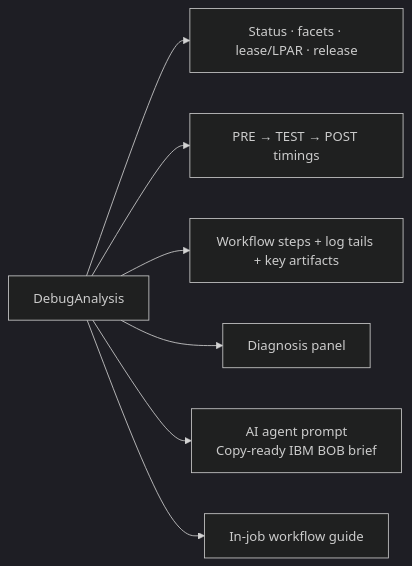
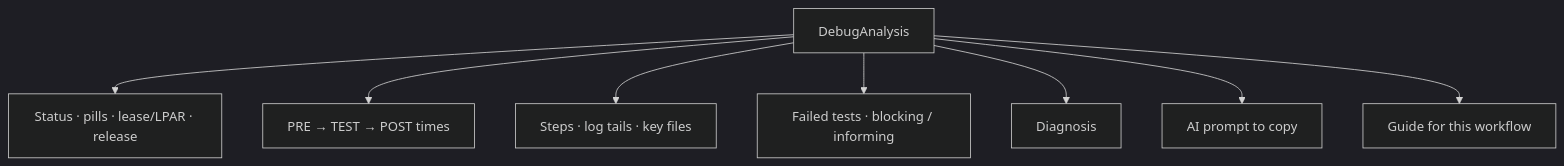
Diagram 14 of 17 in ARCHITECTURE.md (ibm-adarsh/ci-analyzer), drawn with Mermaid (dark theme) before and after one commit. The commit also changed other lines of this file and 7 other files, not shown here.

First line of the commit message:
Document architecture in plain language and cover inventory workflow analysis.

````diff
--- a/ARCHITECTURE.md
+++ b/ARCHITECTURE.md
@@ -146,9 +470,11 @@
 ```mermaid
-flowchart LR
-  DA[DebugAnalysis] --> Hero[Status · facets · lease/LPAR · release]
-  DA --> Timeline[PRE → TEST → POST timings]
-  DA --> Steps[Workflow steps + log tails + key artifacts]
-  DA --> Diag[Diagnosis panel]
-  DA --> Prompt[AI agent prompt<br/>Copy-ready IBM BOB brief]
-  DA --> GuideTab[In-job workflow guide]
+flowchart TB
+  DA[DebugAnalysis]
+  DA --> Hero[Status · pills · lease/LPAR · release]
+  DA --> Timeline[PRE → TEST → POST times]
+  DA --> Steps[Steps · log tails · key files]
+  DA --> Tests[Failed tests · blocking / informing]
+  DA --> Diag[Diagnosis]
+  DA --> Prompt[AI prompt to copy]
+  DA --> GuideTab[Guide for this workflow]
 ```
````
